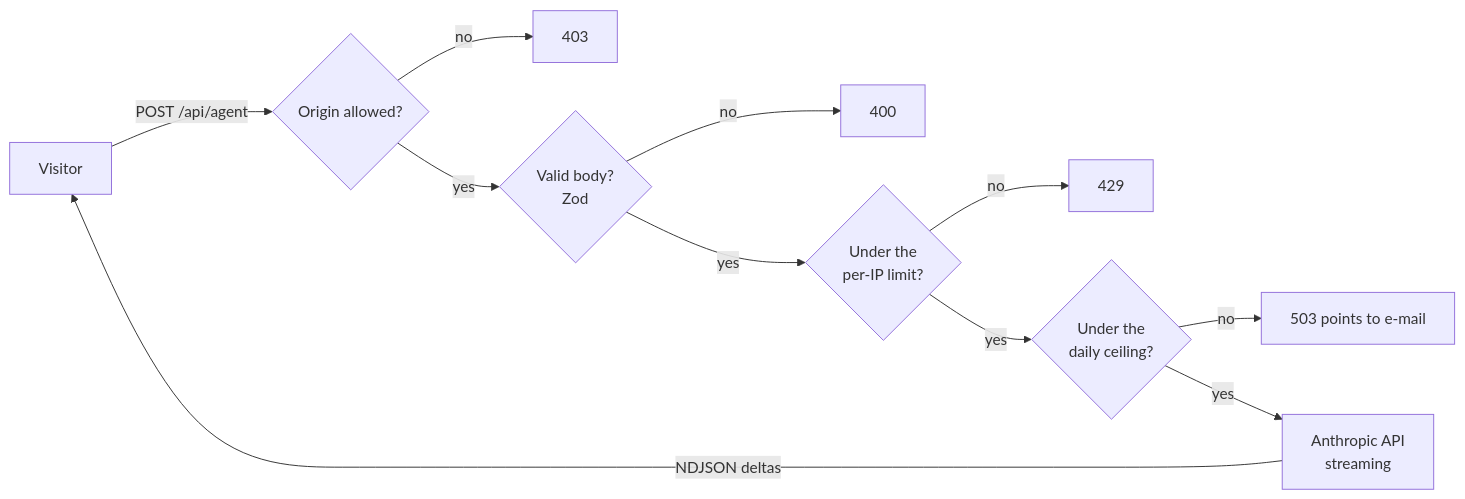
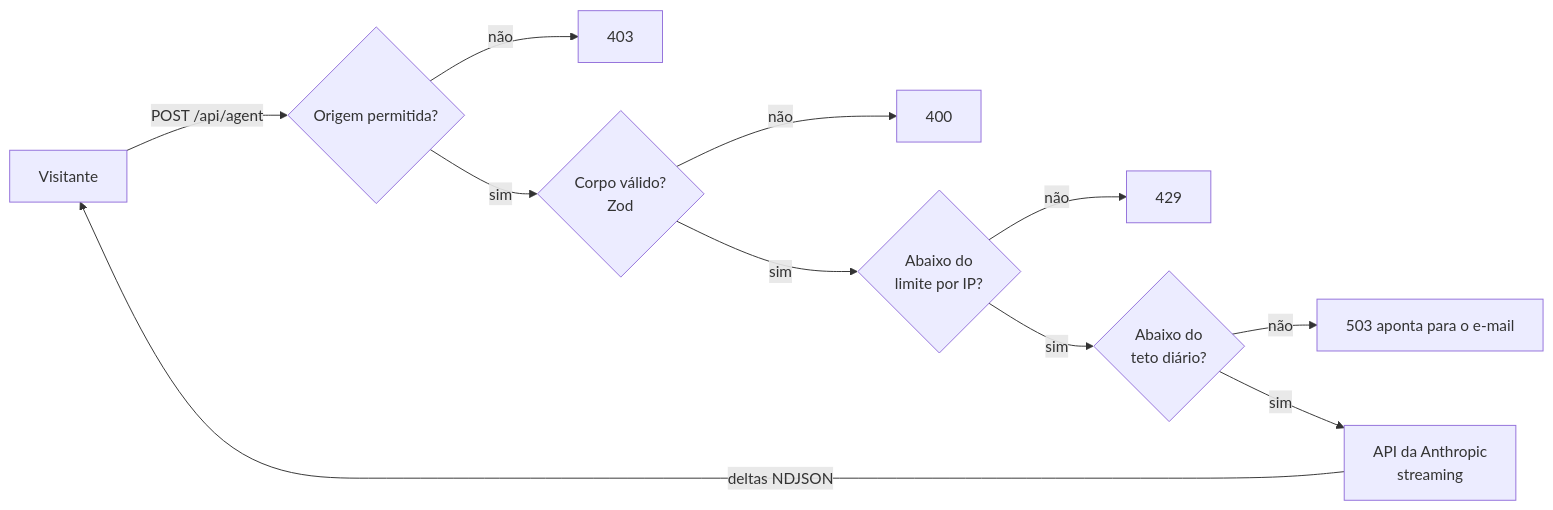
Before and after one commit to IgorGaspar/portfolio: the diagram in README.md, drawn with Mermaid. The commit also changed other lines of this file and 2 other files, not shown here.

````diff
--- a/README.md
+++ b/README.md
@@ -49,13 +50,13 @@
 ```mermaid
 flowchart LR
-  V[Visitor] -->|POST /api/agent| O{Origin allowed?}
-  O -->|no| E403[403]
-  O -->|yes| Z{Valid body?<br/>Zod}
-  Z -->|no| E400[400]
-  Z -->|yes| R{Under the<br/>per-IP limit?}
-  R -->|no| E429[429]
-  R -->|yes| D{Under the<br/>daily ceiling?}
-  D -->|no| E503[503 points to e-mail]
-  D -->|yes| A[Anthropic API<br/>streaming]
-  A -->|NDJSON deltas| V
+  V[Visitante] -->|POST /api/agent| O{Origem permitida?}
+  O -->|não| E403[403]
+  O -->|sim| Z{Corpo válido?<br/>Zod}
+  Z -->|não| E400[400]
+  Z -->|sim| R{Abaixo do<br/>limite por IP?}
+  R -->|não| E429[429]
+  R -->|sim| D{Abaixo do<br/>teto diário?}
+  D -->|não| E503[503 aponta para o e-mail]
+  D -->|sim| A[API da Anthropic<br/>streaming]
+  A -->|deltas NDJSON| V
 ```
````
